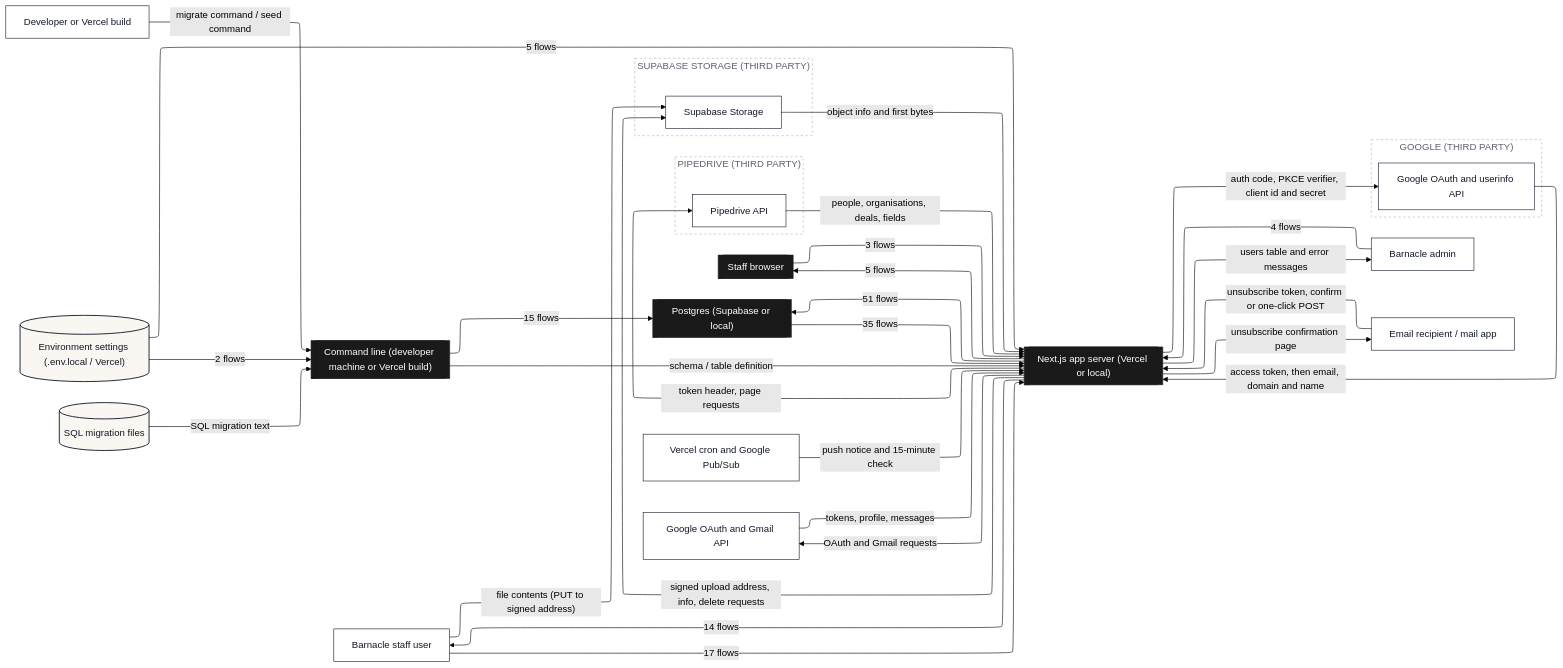
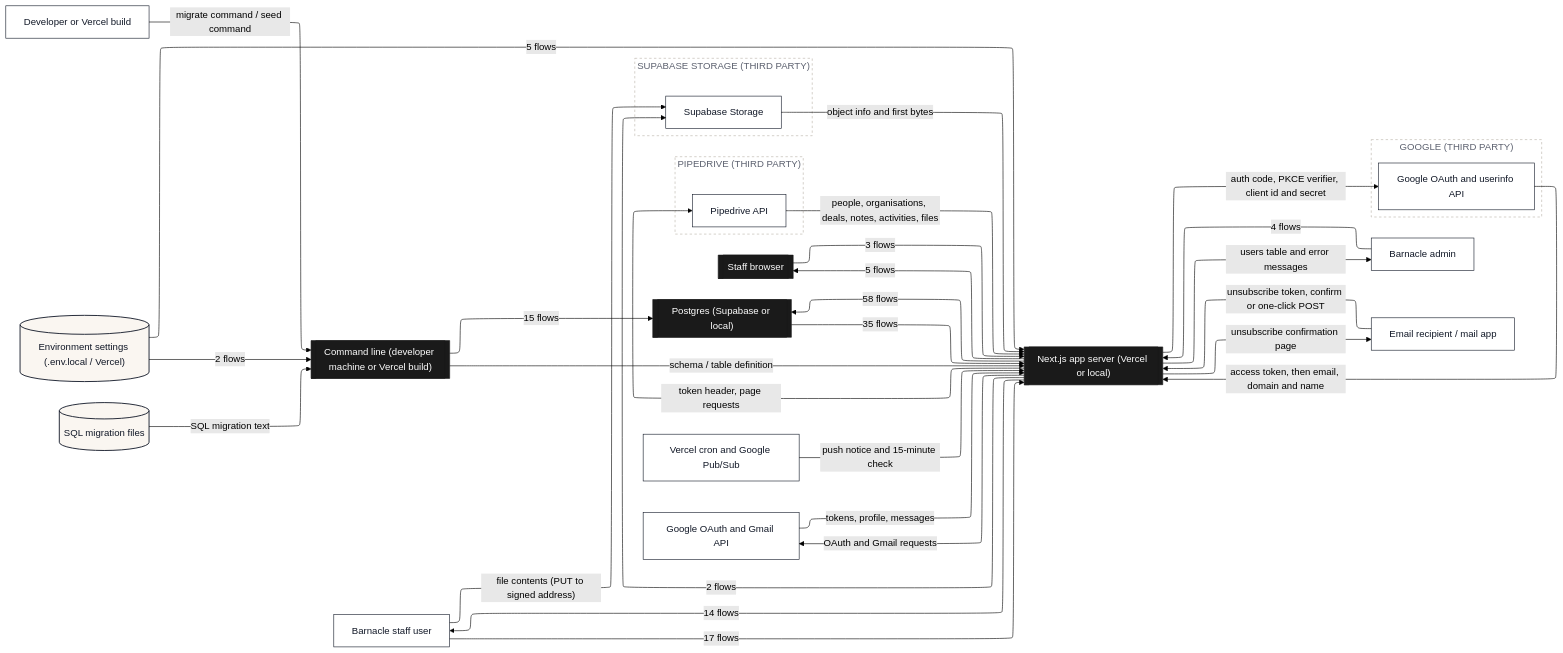
Before and after one commit to Romain-Perche/Barnacle-Pipe: the second of 16 diagrams in dataflow/DATAFLOW.md, drawn with Mermaid (forest theme). The commit also changed other lines of this file and 6 other files, not shown here.

````diff
--- a/dataflow/DATAFLOW.md
+++ b/dataflow/DATAFLOW.md
@@ -153,66 +155,66 @@
 ```mermaid
 ---
 config:
   layout: elk
 ---
 flowchart LR
     n1[["Next.js app server (Vercel or local)"]]
     n2[["Staff browser"]]
     n3[["Command line (developer machine or Vercel build)"]]
     n4[["Postgres (Supabase or local)"]]
     n5["Barnacle admin"]
     n6["Vercel cron and Google Pub/Sub"]
     n7["Developer or Vercel build"]
     n8["Email recipient / mail app"]
     n9[("Environment settings (.env.local / Vercel)")]
     n10["Google OAuth and Gmail API"]
     n11[("SQL migration files")]
     n12["Barnacle staff user"]
     subgraph z1["GOOGLE (THIRD PARTY)"]
         n13["Google OAuth and userinfo API"]
     end
     subgraph z2["PIPEDRIVE (THIRD PARTY)"]
         n14["Pipedrive API"]
     end
     subgraph z3["SUPABASE STORAGE (THIRD PARTY)"]
         n15["Supabase Storage"]
     end
-    n1 -->|"51 flows"| n4
+    n1 -->|"58 flows"| n4
     n1 -->|"14 flows"| n12
     n4 -->|"35 flows"| n1
     n5 -->|"4 flows"| n1
     n2 -->|"3 flows"| n1
     n6 -->|"push notice and 15-minute check"| n1
     n7 -->|"migrate command / seed command"| n3
     n8 -->|"unsubscribe token, confirm or one-click POST"| n1
     n9 -->|"5 flows"| n1
     n9 -->|"2 flows"| n3
     n1 -->|"5 flows"| n2
-    n1 -->|"signed upload address, info, delete requests"| n15
+    n1 -->|"2 flows"| n15
     n10 -->|"tokens, profile, messages"| n1
     n1 -->|"OAuth and Gmail requests"| n10
     n1 -->|"auth code, PKCE verifier, client id and secret"| n13
     n13 -->|"access token, then email, domain and name"| n1
     n3 -->|"15 flows"| n4
     n3 -->|"schema / table definition"| n1
     n11 -->|"SQL migration text"| n3
-    n14 -->|"people, organisations, deals, fields"| n1
+    n14 -->|"people, organisations, deals, notes, activities, files"| n1
     n1 -->|"token header, page requests"| n14
     n12 -->|"17 flows"| n1
     n12 -->|"file contents (PUT to signed address)"| n15
     n15 -->|"object info and first bytes"| n1
     n1 -->|"unsubscribe confirmation page"| n8
     n1 -->|"users table and error messages"| n5
     classDef actor fill:#FFFFFF,stroke:#111827,stroke-width:1px,color:#111827
     classDef process fill:#EDEAFF,stroke:#2B00FF,stroke-width:1.5px,color:#111827
     classDef store fill:#FAF6F1,stroke:#111827,stroke-width:1.5px,color:#111827
     classDef zone fill:#1A1A1A,stroke:#1A1A1A,color:#FFFFFF
     classDef group fill:#2B00FF,stroke:#2B00FF,color:#FFFFFF
     classDef stub fill:#FFFFFF,stroke:#2B00FF,stroke-width:1.5px,stroke-dasharray:5 4,color:#2B00FF
     class n5,n6,n7,n8,n10,n12,n13,n14,n15 actor
     class n9,n11 store
     class n1,n2,n3,n4 zone
     style z1 fill:#FFFFFF,stroke:#B9B2A8,stroke-dasharray:4 4,color:#5D6270
     style z2 fill:#FFFFFF,stroke:#B9B2A8,stroke-dasharray:4 4,color:#5D6270
     style z3 fill:#FFFFFF,stroke:#B9B2A8,stroke-dasharray:4 4,color:#5D6270
 ```
````
